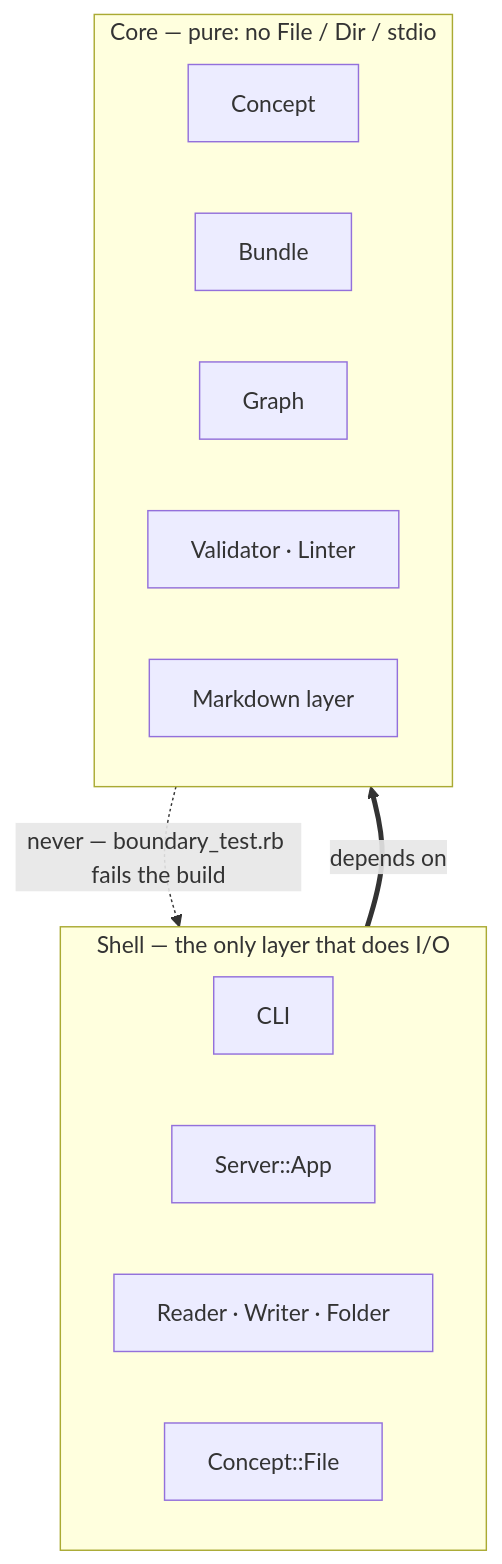
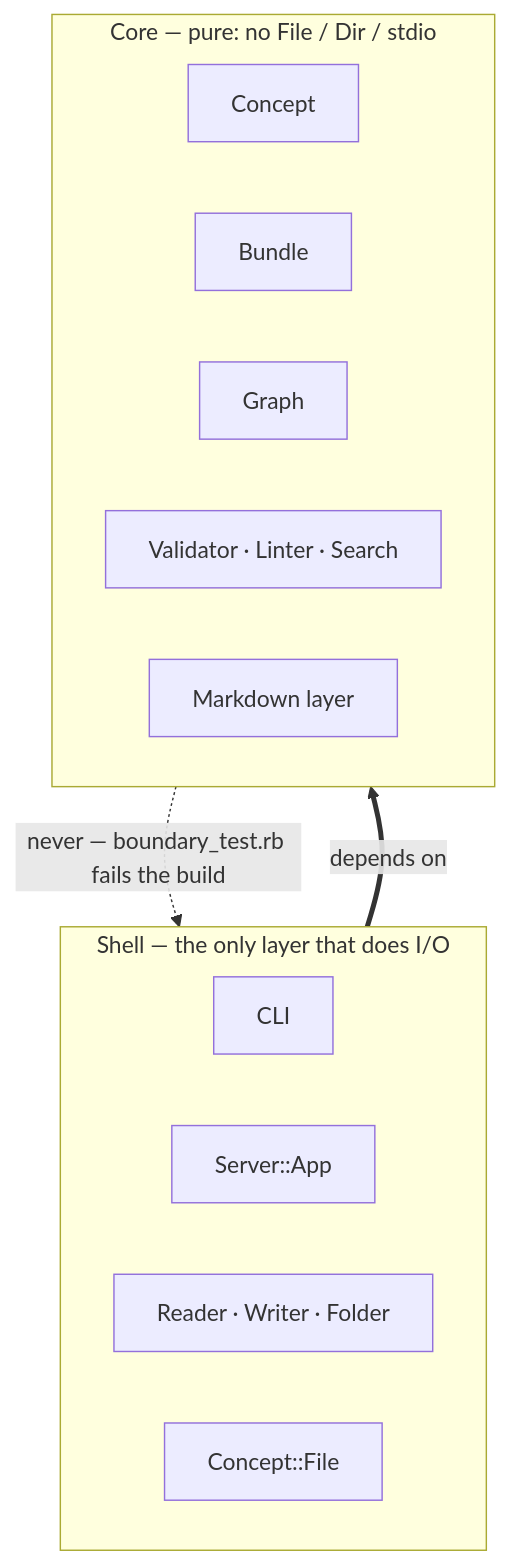
The diagram in .okf/design/core-shell-split.md (serradura/okf-gem), drawn with Mermaid before and after one commit. The commit also changed other lines of this file and 19 other files, not shown here.

````diff
--- a/.okf/design/core-shell-split.md
+++ b/.okf/design/core-shell-split.md
@@ -20,18 +21,18 @@
 ```mermaid
 flowchart TB
   subgraph shell ["Shell — the only layer that does I/O"]
     CLI["CLI"]
     Server["Server::App"]
     RW["Reader · Writer · Folder"]
     CF["Concept::File"]
   end
   subgraph core ["Core — pure: no File / Dir / stdio"]
     Concept["Concept"]
     Bundle["Bundle"]
     Graph["Graph"]
-    VL["Validator · Linter"]
+    VL["Validator · Linter · Search"]
     MD["Markdown layer"]
   end
   shell ==>|depends on| core
   core -. "never — boundary_test.rb fails the build" .-> shell
 ```
````
